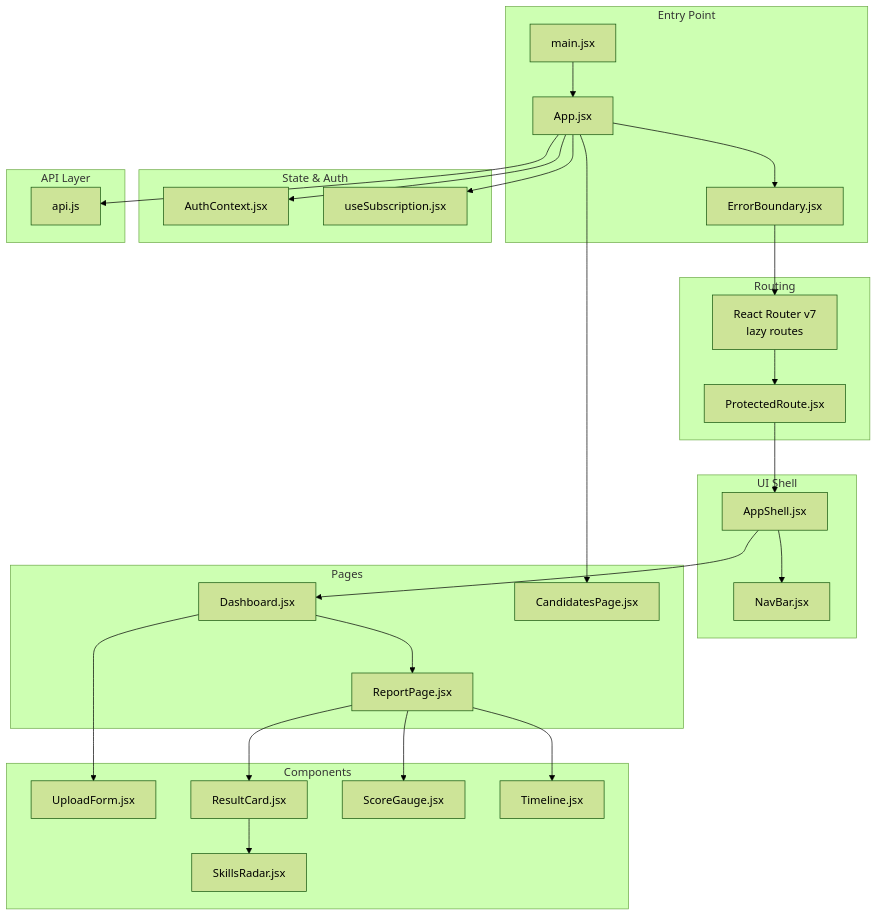
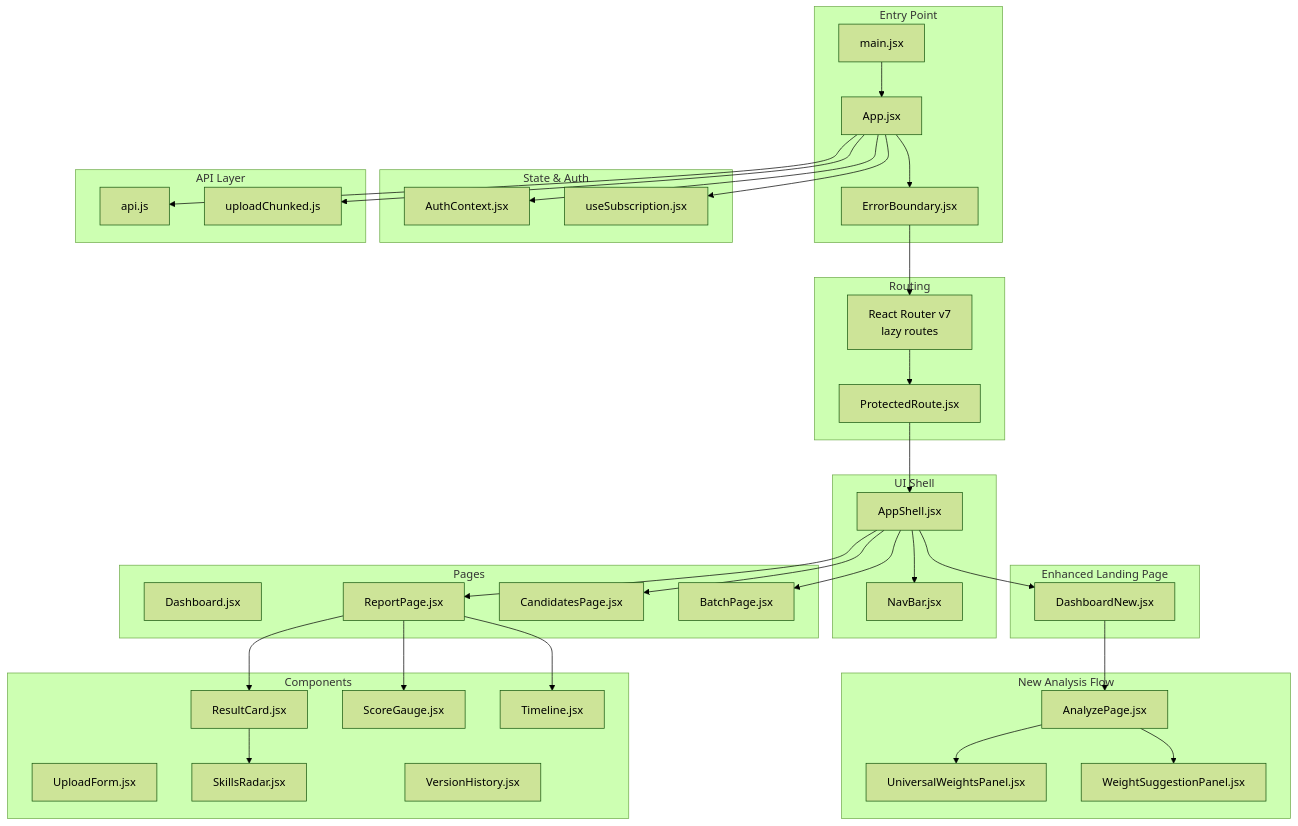
One commit to Revanththetalogics/aireume changed the first of 22 diagrams in .qoder/repowiki/en/content/Frontend Architecture/Frontend Architecture.md. Above: the diagram before and after it, drawn with Mermaid (forest theme). The commit also changed other lines of this file and 20 other files, not shown here.

First line of the commit message:
fix: persist complete report data to analysis_result for Candidates page

````diff
--- a/.qoder/repowiki/en/content/Frontend Architecture/Frontend Architecture.md
+++ b/.qoder/repowiki/en/content/Frontend Architecture/Frontend Architecture.md
@@ -54,52 +64,67 @@
 ```mermaid
 graph TB
 subgraph "Entry Point"
 M["main.jsx"]
 A["App.jsx"]
 EB["ErrorBoundary.jsx"]
 end
 subgraph "Routing"
 R["React Router v7<br/>lazy routes"]
 PR["ProtectedRoute.jsx"]
 end
 subgraph "UI Shell"
 AS["AppShell.jsx"]
 NB["NavBar.jsx"]
 end
+subgraph "Enhanced Landing Page"
+DN["DashboardNew.jsx"]
+end
+subgraph "New Analysis Flow"
+AP["AnalyzePage.jsx"]
+UWP["UniversalWeightsPanel.jsx"]
+WSP["WeightSuggestionPanel.jsx"]
+end
 subgraph "Pages"
 D["Dashboard.jsx"]
 RP["ReportPage.jsx"]
 CP["CandidatesPage.jsx"]
+BP["BatchPage.jsx"]
 end
 subgraph "Components"
 UF["UploadForm.jsx"]
 RC["ResultCard.jsx"]
 SG["ScoreGauge.jsx"]
 TL["Timeline.jsx"]
 SR["SkillsRadar.jsx"]
+VH["VersionHistory.jsx"]
 end
 subgraph "State & Auth"
 AC["AuthContext.jsx"]
 USC["useSubscription.jsx"]
 end
 subgraph "API Layer"
 API["api.js"]
+UC["uploadChunked.js"]
 end
 M --> A
 A --> EB
 EB --> R
 R --> PR
 PR --> AS
 AS --> NB
-AS --> D
-D --> UF
-D --> RP
+AS --> DN
+DN --> AP
+AP --> UWP
+AP --> WSP
+AS --> RP
 RP --> RC
 RP --> SG
 RP --> TL
 RC --> SR
-A --> CP
+AS --> CP
+AS --> BP
 A --> API
 A --> AC
 A --> USC
+A --> UC
 ```
````
